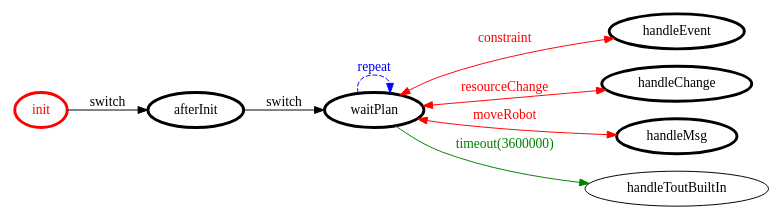
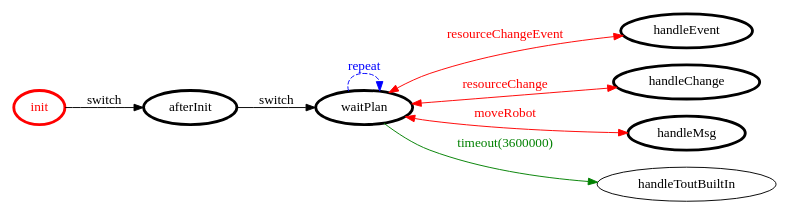
One commit to AlessandroStaffolani/robot-cleaner changed the diagram in it.unibo.project/srcMore/it/unibo/mindrobot/mindrobot.gv. Above: the diagram before and after it, drawn with Graphviz. The commit also changed 10 other files, not shown here.

```diff
--- a/it.unibo.project/srcMore/it/unibo/mindrobot/mindrobot.gv
+++ b/it.unibo.project/srcMore/it/unibo/mindrobot/mindrobot.gv
@@ -1,26 +1,26 @@
 /*
 *
 * A GraphViz DOT FSM description 
 * Please use a GraphViz visualizer (like http://www.webgraphviz.com)
 *  
 */
 
 digraph finite_state_machine {
 	rankdir=LR
 	size="8,5"
 	
 	init [ color = red ][ fontcolor = red ][ penwidth = 3 ]
 	waitPlan [ color = black ][ fontcolor = black ][ penwidth = 3 ]
 	handleEvent [ color = black ][ fontcolor = black ][ penwidth = 3 ]
 	handleChange [ color = black ][ fontcolor = black ][ penwidth = 3 ]
 	afterInit [ color = black ][ fontcolor = black ][ penwidth = 3 ]
 	handleMsg [ color = black ][ fontcolor = black ][ penwidth = 3 ]
 	
-	waitPlan -> handleEvent [ label = "constraint" ][ color = red ][ fontcolor = red ][ dir = both ]
 	init -> afterInit [ label = "switch" ][ color = black ][ fontcolor = black ]
 	afterInit -> waitPlan [ label = "switch" ][ color = black ][ fontcolor = black ]
 	waitPlan -> handleToutBuiltIn [ label = "timeout(3600000)" ][ color = green ][ fontcolor = green ]
+	waitPlan -> handleEvent [ label = "resourceChangeEvent" ][ color = red ][ fontcolor = red ][ dir = both ]
 	waitPlan -> handleChange [ label = "resourceChange" ][ color = red ][ fontcolor = red ][ dir = both ]
 	waitPlan -> waitPlan [ label = "repeat "][ style = dashed ][ color = blue ][ fontcolor = blue ]
 	waitPlan -> handleMsg [ label = "moveRobot" ][ color = red ][ fontcolor = red ][ dir = both ]
 }
```
